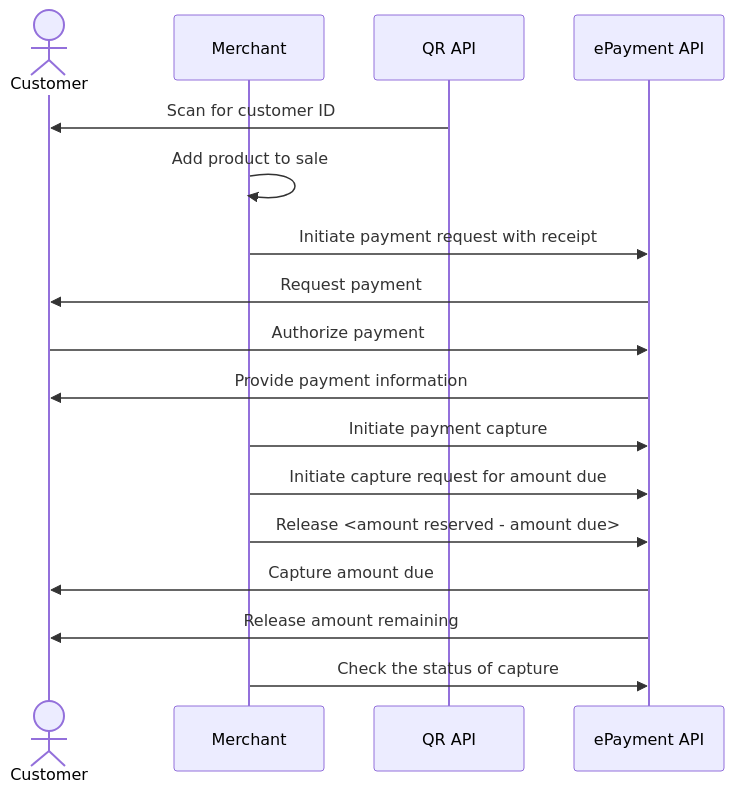
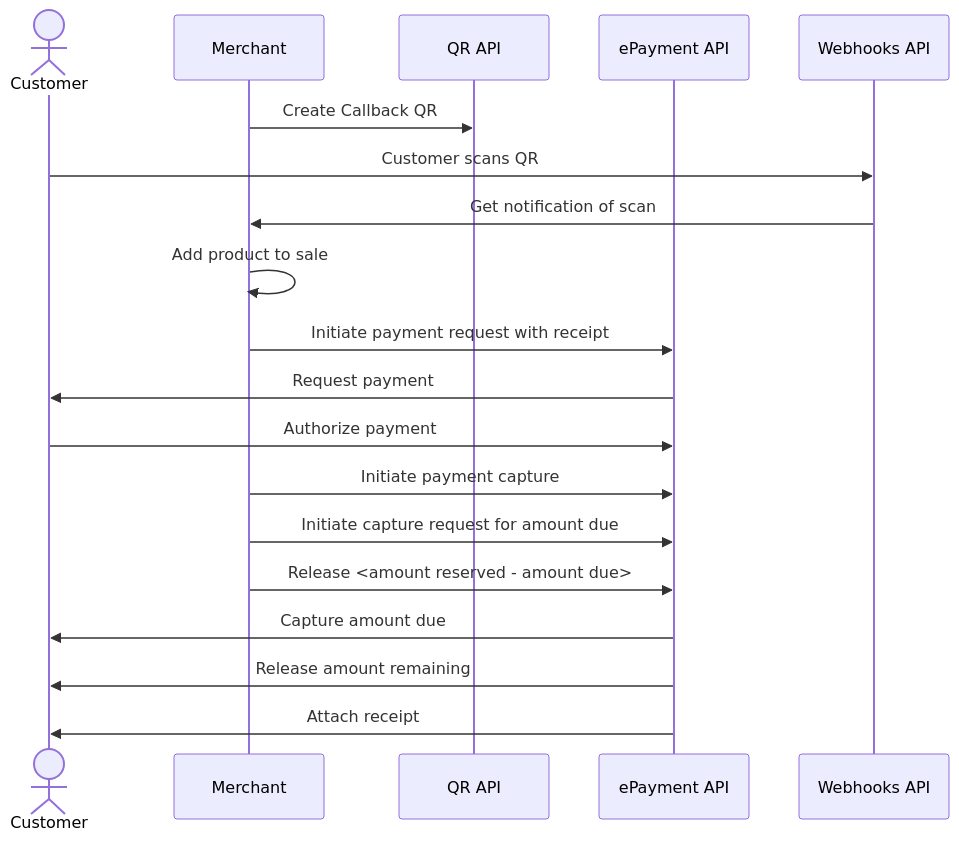
Before and after one commit to vippsas/vipps-solutions: the diagram in vending-machines/qr-direct-to-payment-in-app.md, drawn with Mermaid. The commit also changed other lines of this file and 16 other files, not shown here.

````diff
--- a/vending-machines/qr-direct-to-payment-in-app.md
+++ b/vending-machines/qr-direct-to-payment-in-app.md
@@ -193,20 +230,22 @@
 ``` mermaid
 sequenceDiagram
     actor C as Customer
     participant M as Merchant
     participant QR as QR API
     participant ePayment as ePayment API
-    
-    QR->>C: Scan for customer ID
+    participant Webhooks as Webhooks API
+
+    M->>QR: Create Callback QR
+    C->>Webhooks: Customer scans QR
+    Webhooks->>M: Get notification of scan
     M->>M: Add product to sale
     M->>ePayment: Initiate payment request with receipt
     ePayment->>C: Request payment
     C->>ePayment: Authorize payment
-    ePayment->>C: Provide payment information
     M->>ePayment: Initiate payment capture
     M->>ePayment: Initiate capture request for amount due
     M->>ePayment: Release <amount reserved - amount due>
     ePayment->>C: Capture amount due
     ePayment->>C: Release amount remaining
-    M->>ePayment: Check the status of capture
+    ePayment->>C: Attach receipt
 ```
````
